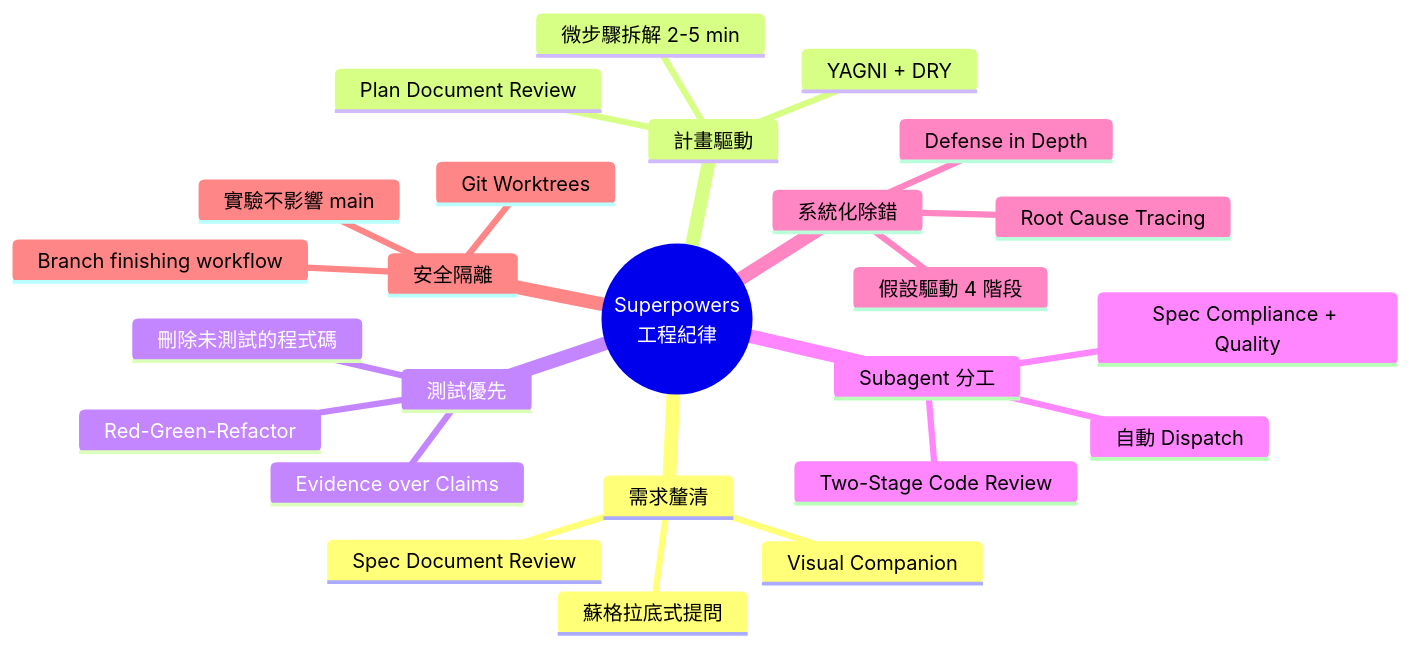
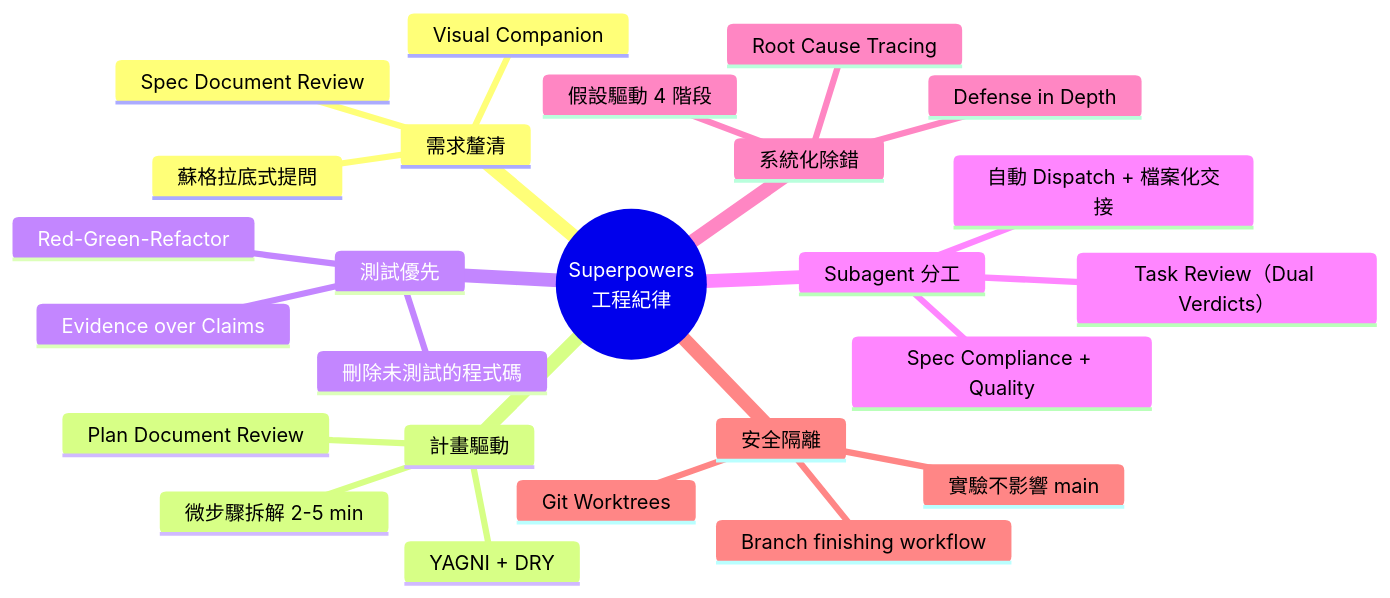
Before and after one commit to chihhung/Blog: the second of 43 diagrams in content/posts/教學/AI開發/Superpowers教學手冊.md, drawn with Mermaid. The commit also changed other lines of this file and 22 other files, not shown here.

````diff
--- a/content/posts/教學/AI開發/Superpowers教學手冊.md
+++ b/content/posts/教學/AI開發/Superpowers教學手冊.md
@@ -197,28 +199,28 @@
 ```mermaid
 mindmap
   root((Superpowers<br/>工程紀律))
     需求釐清
       蘇格拉底式提問
       Visual Companion
       Spec Document Review
     計畫驅動
       微步驟拆解 2-5 min
       Plan Document Review
       YAGNI + DRY
     測試優先
       Red-Green-Refactor
       刪除未測試的程式碼
       Evidence over Claims
     Subagent 分工
-      Two-Stage Code Review
+      Task Review（Dual Verdicts）
       Spec Compliance + Quality
-      自動 Dispatch
+      自動 Dispatch + 檔案化交接
     系統化除錯
       假設驅動 4 階段
       Root Cause Tracing
       Defense in Depth
     安全隔離
       Git Worktrees
       Branch finishing workflow
       實驗不影響 main
 ```
````
